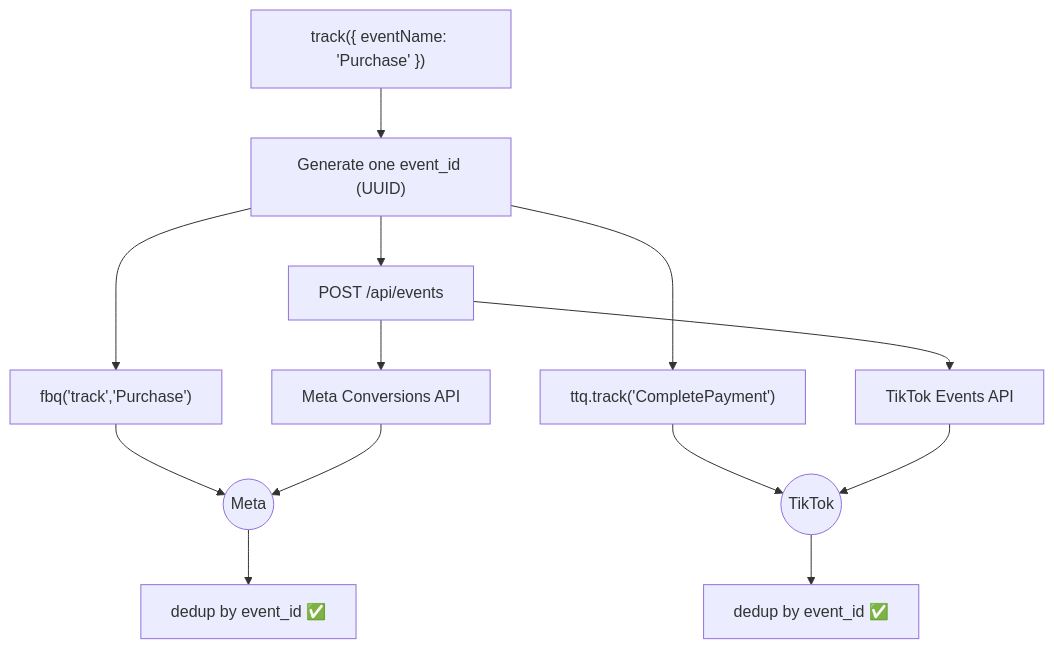
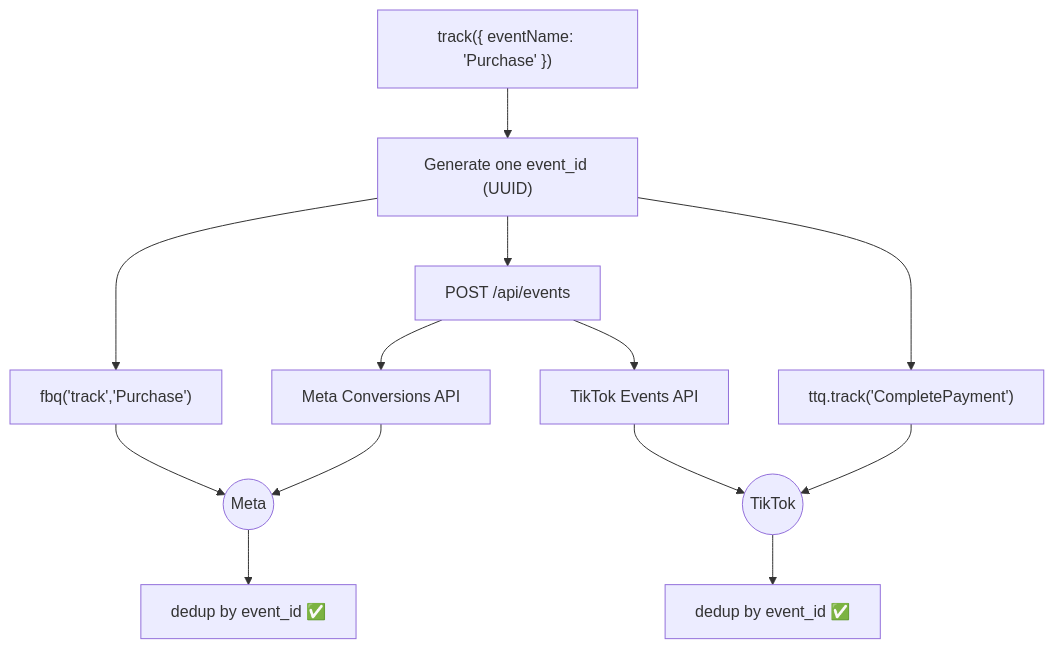
The second of 2 diagrams in README.md (oliver-virt/next-pixels), drawn with Mermaid before and after one commit. The commit also changed other lines of this file, not shown here.

First line of the commit message:
docs: restyle diagrams + add 'Getting your credentials'

````diff
--- a/README.md
+++ b/README.md
@@ -147,19 +161,18 @@
 ```mermaid
 flowchart TD
     T["track({ eventName: 'Purchase' })"] --> ID["Generate one event_id (UUID)"]
 
     ID --> FBC["fbq('track','Purchase')"]
-    ID --> TTC["ttq.track('CompletePayment')"]
     ID --> POST["POST /api/events"]
-
     POST --> FBS["Meta Conversions API"]
     POST --> TTS["TikTok Events API"]
+    ID --> TTC["ttq.track('CompletePayment')"]
 
     FBC --> FB(("Meta"))
     FBS --> FB
-    TTC --> TT(("TikTok"))
-    TTS --> TT
+    TTS --> TT(("TikTok"))
+    TTC --> TT
 
     FB --> FBD["dedup by event_id ✅"]
     TT --> TTD["dedup by event_id ✅"]
 ```
````
